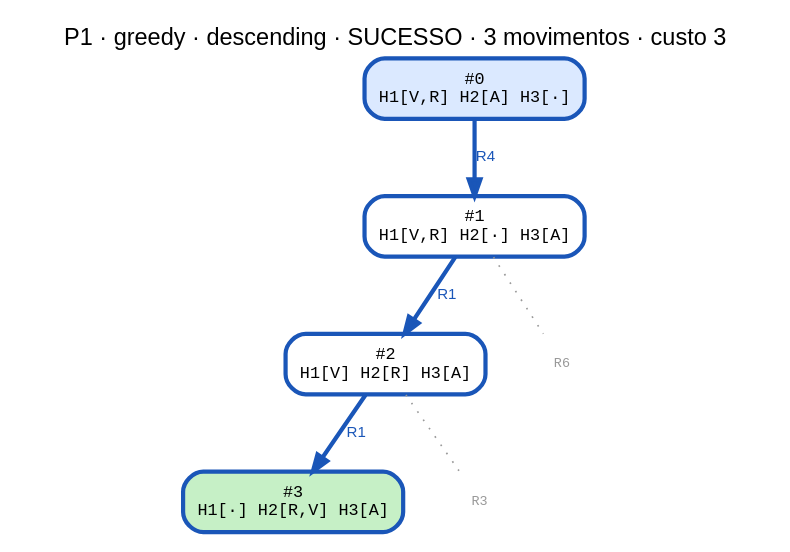
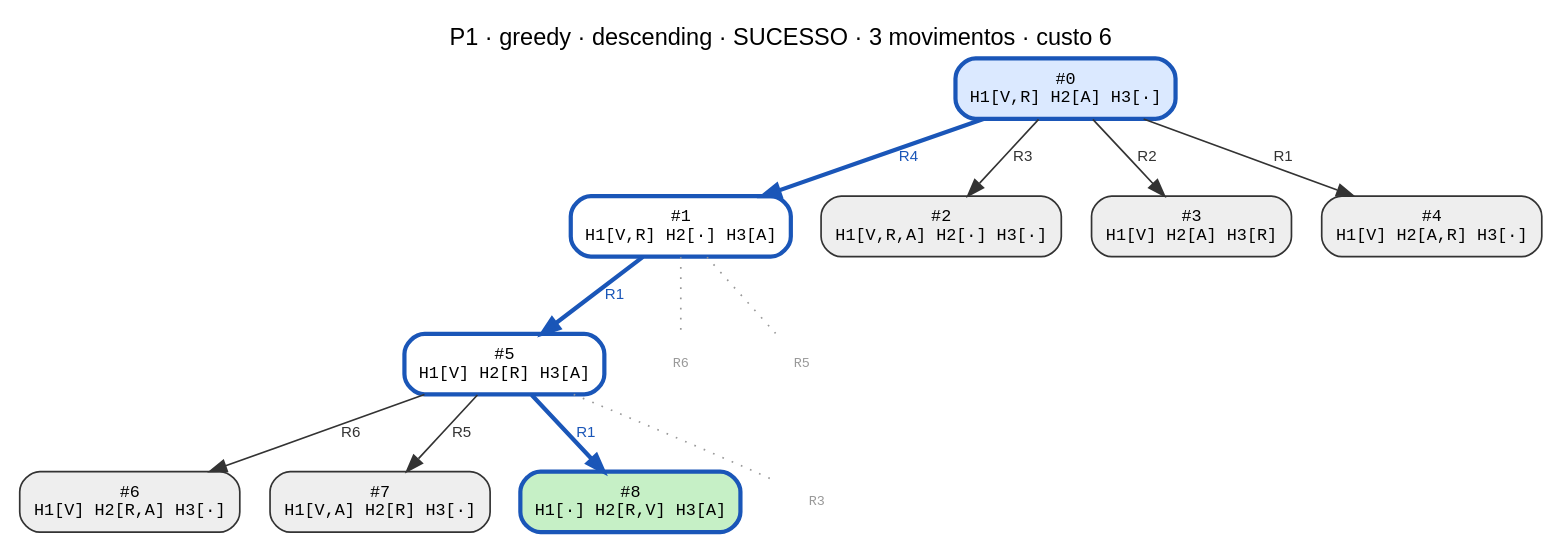
Before and after one commit to CharlesLB/dcc-014-trabalho-1: the diagram in data/P1/greedy_descending.dot, drawn with Graphviz. The commit also changed 54 other files, not shown here.

```diff
--- a/data/P1/greedy_descending.dot
+++ b/data/P1/greedy_descending.dot
@@ -1,16 +1,28 @@
 digraph search {
-  label="P1 · greedy · descending · SUCESSO · 3 movimentos · custo 3"; labelloc=t; fontname="Helvetica";
+  label="P1 · greedy · descending · SUCESSO · 3 movimentos · custo 6"; labelloc=t; fontname="Helvetica";
   node [shape=box, style="rounded,filled", fontname="monospace", fontsize=10];
   edge [fontname="Helvetica", fontsize=9];
   n0 [label="#0\nH1[V,R] H2[A] H3[·]", fillcolor="#dbe9ff", color="#1a56b8", penwidth=2.5];
   n1 [label="#1\nH1[V,R] H2[·] H3[A]", fillcolor="#ffffff", color="#1a56b8", penwidth=2.5];
   n0 -> n1 [label="R4", color="#1a56b8", fontcolor="#1a56b8", penwidth=2.5];
-  n2 [label="#2\nH1[V] H2[R] H3[A]", fillcolor="#ffffff", color="#1a56b8", penwidth=2.5];
-  n1 -> n2 [label="R1", color="#1a56b8", fontcolor="#1a56b8", penwidth=2.5];
-  n3 [label="#3\nH1[·] H2[R,V] H3[A]", fillcolor="#c6f0c6", color="#1a56b8", penwidth=2.5];
-  n2 -> n3 [label="R1", color="#1a56b8", fontcolor="#1a56b8", penwidth=2.5];
+  n2 [label="#2\nH1[V,R,A] H2[·] H3[·]", fillcolor="#eeeeee", color="#333333", penwidth=1];
+  n0 -> n2 [label="R3", color="#333333", fontcolor="#333333", penwidth=1];
+  n3 [label="#3\nH1[V] H2[A] H3[R]", fillcolor="#eeeeee", color="#333333", penwidth=1];
+  n0 -> n3 [label="R2", color="#333333", fontcolor="#333333", penwidth=1];
+  n4 [label="#4\nH1[V] H2[A,R] H3[·]", fillcolor="#eeeeee", color="#333333", penwidth=1];
+  n0 -> n4 [label="R1", color="#333333", fontcolor="#333333", penwidth=1];
+  n5 [label="#5\nH1[V] H2[R] H3[A]", fillcolor="#ffffff", color="#1a56b8", penwidth=2.5];
+  n1 -> n5 [label="R1", color="#1a56b8", fontcolor="#1a56b8", penwidth=2.5];
+  n6 [label="#6\nH1[V] H2[R,A] H3[·]", fillcolor="#eeeeee", color="#333333", penwidth=1];
+  n5 -> n6 [label="R6", color="#333333", fontcolor="#333333", penwidth=1];
+  n7 [label="#7\nH1[V,A] H2[R] H3[·]", fillcolor="#eeeeee", color="#333333", penwidth=1];
+  n5 -> n7 [label="R5", color="#333333", fontcolor="#333333", penwidth=1];
+  n8 [label="#8\nH1[·] H2[R,V] H3[A]", fillcolor="#c6f0c6", color="#1a56b8", penwidth=2.5];
+  n5 -> n8 [label="R1", color="#1a56b8", fontcolor="#1a56b8", penwidth=2.5];
   p1_R6 [label="R6", shape=plaintext, style=solid, fontcolor="#999999", fontsize=8];
   n1 -> p1_R6 [style=dotted, color="#999999", arrowhead=none];
-  p2_R3 [label="R3", shape=plaintext, style=solid, fontcolor="#999999", fontsize=8];
-  n2 -> p2_R3 [style=dotted, color="#999999", arrowhead=none];
+  p1_R5 [label="R5", shape=plaintext, style=solid, fontcolor="#999999", fontsize=8];
+  n1 -> p1_R5 [style=dotted, color="#999999", arrowhead=none];
+  p5_R3 [label="R3", shape=plaintext, style=solid, fontcolor="#999999", fontsize=8];
+  n5 -> p5_R3 [style=dotted, color="#999999", arrowhead=none];
 }
```
